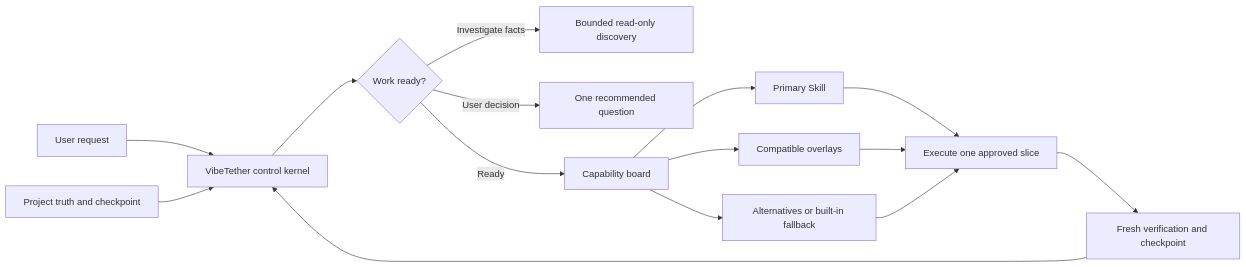
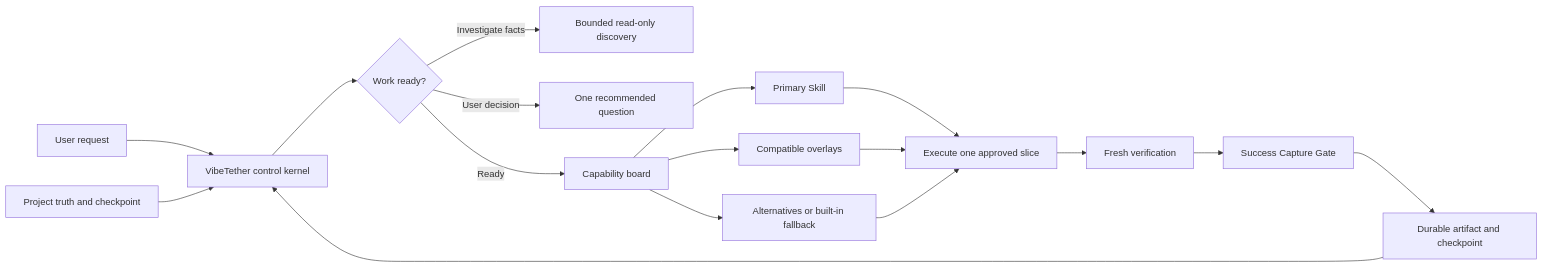
One commit to t01089572455/vibetether changed the first of 2 diagrams in README.md. Above: the diagram before and after it, drawn with Mermaid. The commit also changed other lines of this file and 19 other files, not shown here.

Commit message:
feat: capture first proven success paths

````diff
--- a/README.md
+++ b/README.md
@@ -78,17 +79,19 @@
 ```mermaid
 flowchart LR
     U["User request"] --> K["VibeTether control kernel"]
     T["Project truth and checkpoint"] --> K
     K --> W{"Work ready?"}
     W -->|"Investigate facts"| F["Bounded read-only discovery"]
     W -->|"User decision"| Q["One recommended question"]
     W -->|"Ready"| R["Capability board"]
     R --> P["Primary Skill"]
     R --> O["Compatible overlays"]
     R --> A["Alternatives or built-in fallback"]
     P --> E["Execute one approved slice"]
     O --> E
     A --> E
-    E --> V["Fresh verification and checkpoint"]
-    V --> K
+    E --> V["Fresh verification"]
+    V --> S["Success Capture Gate"]
+    S --> C["Durable artifact and checkpoint"]
+    C --> K
 ```
````
